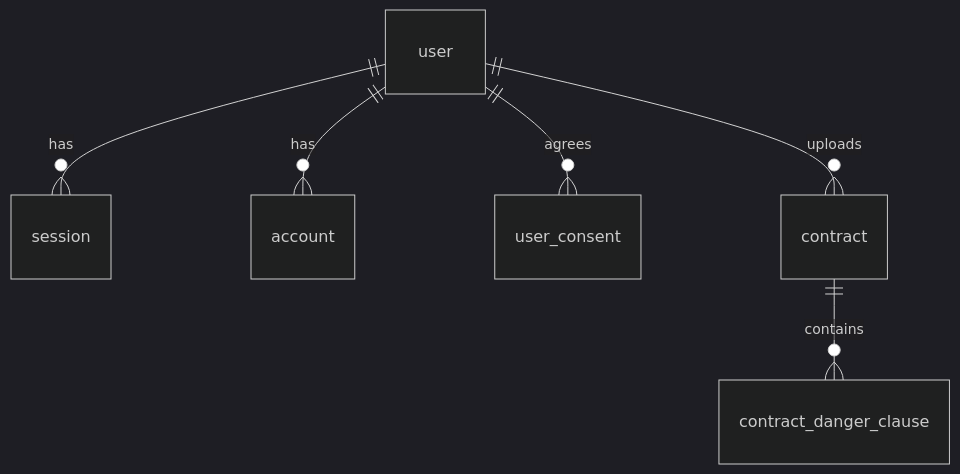
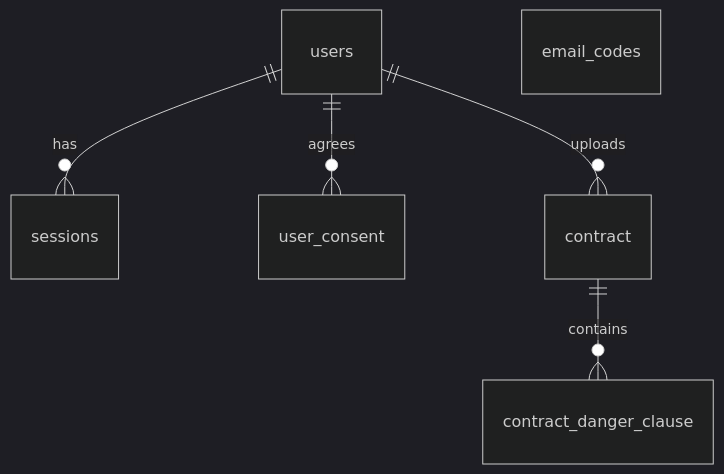
Before and after one commit to CleanSign/cleansign: the second of 2 diagrams in README.md, drawn with Mermaid (dark theme). The commit also changed other lines of this file and 172 other files, not shown here.

````diff
--- a/README.md
+++ b/README.md
@@ -69,8 +91,8 @@
 ```mermaid
 erDiagram
-    user ||--o{ session : has
-    user ||--o{ account : has
-    user ||--o{ user_consent : agrees
-    user ||--o{ contract : uploads
+    users ||--o{ sessions : has
+    users ||--o{ user_consent : agrees
+    users ||--o{ contract : uploads
     contract ||--o{ contract_danger_clause : contains
+    email_codes
 ```
````
